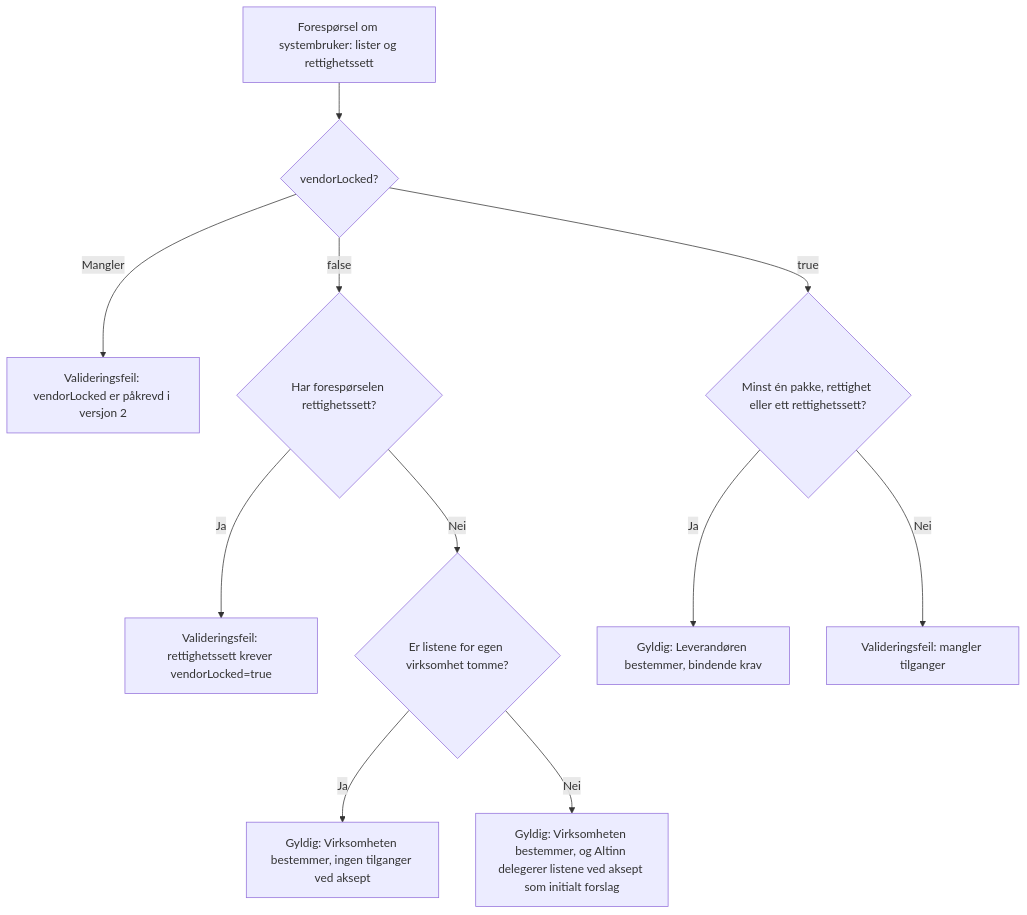
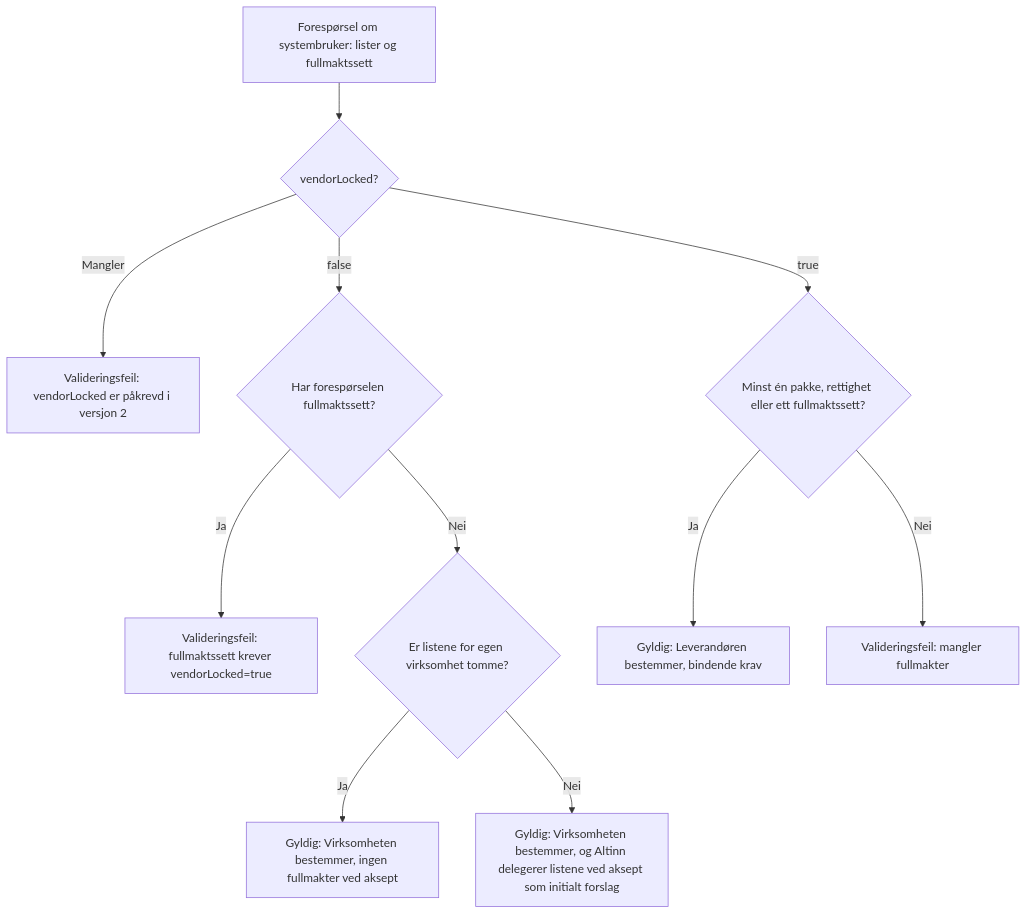
One commit to Altinn/altinn-studio-docs changed the second of 7 diagrams in content/authorization/guides/system-vendor/system-user/beslutningstre.nb.md. Above: the diagram before and after it, drawn with Mermaid. The commit also changed other lines of this file and 3 other files, not shown here.

First line of the commit message:
Systembruker: fullmakter og fullmaktssett, og ingen løfter om merker

```diff
--- a/content/authorization/guides/system-vendor/system-user/beslutningstre.nb.md
+++ b/content/authorization/guides/system-vendor/system-user/beslutningstre.nb.md
@@ -41,13 +41,13 @@
 {{< mermaid >}}
 graph TD
-  REQUEST["Forespørsel om systembruker: lister og rettighetssett"] --> FLAG{"vendorLocked?"}
+  REQUEST["Forespørsel om systembruker: lister og fullmaktssett"] --> FLAG{"vendorLocked?"}
   FLAG -->|Mangler| ERROR1["Valideringsfeil: vendorLocked er påkrevd i versjon 2"]
-  FLAG -->|false| SETS{"Har forespørselen rettighetssett?"}
-  SETS -->|Ja| ERROR3["Valideringsfeil: rettighetssett krever vendorLocked=true"]
+  FLAG -->|false| SETS{"Har forespørselen fullmaktssett?"}
+  SETS -->|Ja| ERROR3["Valideringsfeil: fullmaktssett krever vendorLocked=true"]
   SETS -->|Nei| EMPTY{"Er listene for egen virksomhet tomme?"}
-  EMPTY -->|Ja| FREE["Gyldig: Virksomheten bestemmer, ingen tilganger ved aksept"]
+  EMPTY -->|Ja| FREE["Gyldig: Virksomheten bestemmer, ingen fullmakter ved aksept"]
   EMPTY -->|Nei| PROPOSAL["Gyldig: Virksomheten bestemmer, og Altinn delegerer listene ved aksept som initialt forslag"]
-  FLAG -->|true| CONTENT{"Minst én pakke, rettighet eller ett rettighetssett?"}
+  FLAG -->|true| CONTENT{"Minst én pakke, rettighet eller ett fullmaktssett?"}
   CONTENT -->|Ja| PRESET["Gyldig: Leverandøren bestemmer, bindende krav"]
-  CONTENT -->|Nei| ERROR2["Valideringsfeil: mangler tilganger"]
+  CONTENT -->|Nei| ERROR2["Valideringsfeil: mangler fullmakter"]
 {{< /mermaid >}}
```
